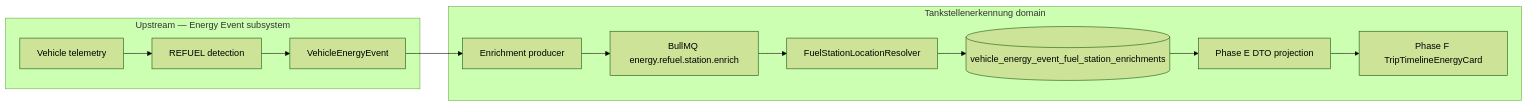
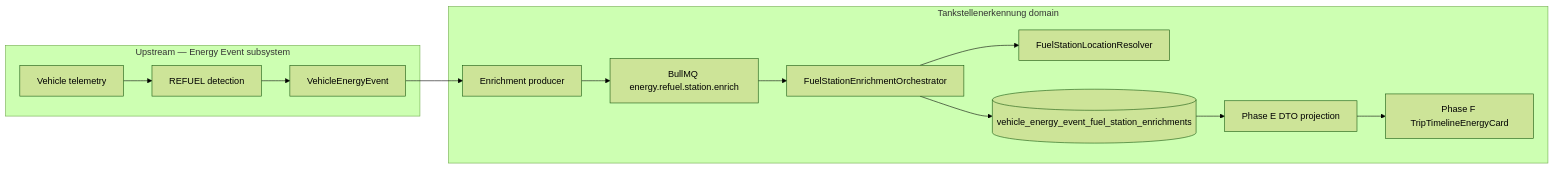
Before and after one commit to FATIHS-MGCKS/SYNQDRIVE-alpha: the diagram in architecture/tankstellenerkennung/KNOWLEDGE_GRAPH.md, drawn with Mermaid (forest theme). The commit also changed other lines of this file and 13 other files, not shown here.

First line of the commit message:
docs(tankstellenerkennung): epistemic and graph integrity correction

````diff
--- a/architecture/tankstellenerkennung/KNOWLEDGE_GRAPH.md
+++ b/architecture/tankstellenerkennung/KNOWLEDGE_GRAPH.md
@@ -7,19 +7,21 @@
 ```mermaid
 flowchart LR
   subgraph upstream [Upstream — Energy Event subsystem]
     TEL[Vehicle telemetry]
     DET[REFUEL detection]
     VEE[VehicleEnergyEvent]
     TEL --> DET --> VEE
   end
 
   subgraph fst [Tankstellenerkennung domain]
     PROD[Enrichment producer]
     Q[BullMQ energy.refuel.station.enrich]
+    ORCH[FuelStationEnrichmentOrchestrator]
     RES[FuelStationLocationResolver]
     DB[(vehicle_energy_event_fuel_station_enrichments)]
     API[Phase E DTO projection]
     UI[Phase F TripTimelineEnergyCard]
-    VEE --> PROD --> Q --> RES --> DB --> API --> UI
+    VEE --> PROD --> Q --> ORCH --> RES
+    ORCH --> DB --> API --> UI
   end
 ```
````
